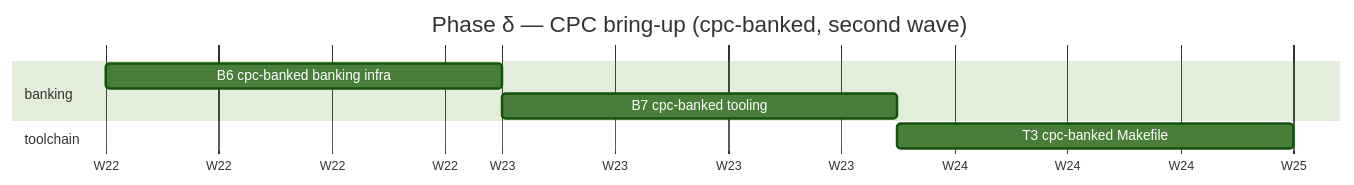
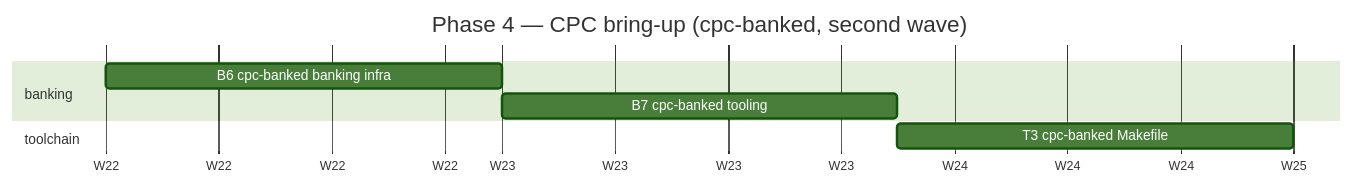
The seventh of 9 diagrams in doc/multiplatform-plan/gantt.md (jorgegv/rage1), drawn with Mermaid (forest theme) before and after one commit. The commit also changed other lines of this file and 1 other file, not shown here.

First line of the commit message:
doc: rename Greek-letter phases (alpha..zeta) to Phase 1..6

````diff
--- a/doc/multiplatform-plan/gantt.md
+++ b/doc/multiplatform-plan/gantt.md
@@ -370,13 +372,13 @@
 ```mermaid
 gantt
-  title Phase δ — CPC bring-up (cpc-banked, second wave)
+  title Phase 4 — CPC bring-up (cpc-banked, second wave)
   dateFormat YYYY-MM-DD
   axisFormat W%V
 
   section banking
   B6 cpc-banked banking infra :b6, after b5, 7d
   B7 cpc-banked tooling       :b7, after b6, 7d
 
   section toolchain
   T3 cpc-banked Makefile      :t3, after b7 t2, 7d
 ```
````
